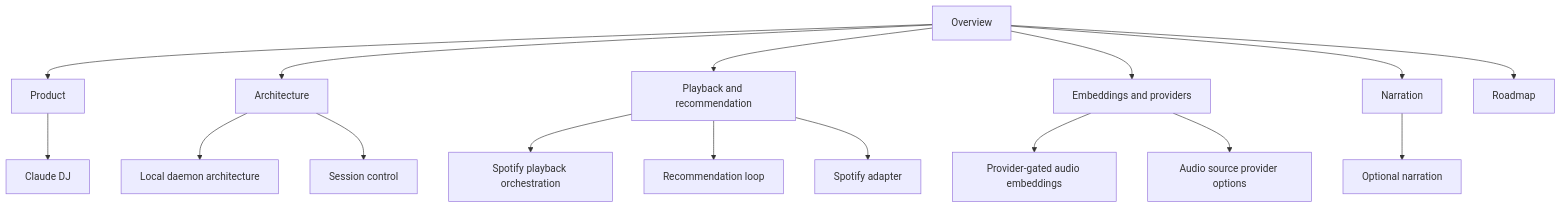
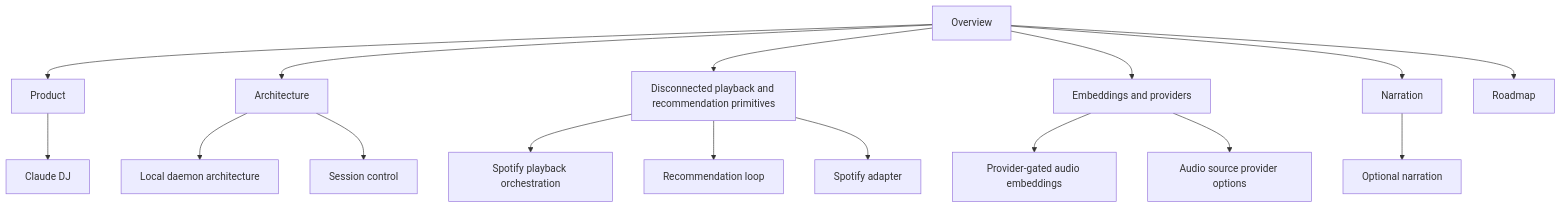
Before and after one commit to AdamPSU/agent-dj: the diagram in wiki/overview.md, drawn with Mermaid. The commit also changed other lines of this file and 19 other files, not shown here.

````diff
--- a/wiki/overview.md
+++ b/wiki/overview.md
@@ -19,18 +19,18 @@
 ```mermaid
 graph TD
     A["Overview"] --> B["Product"]
     A --> C["Architecture"]
-    A --> D["Playback and recommendation"]
+    A --> D["Disconnected playback and recommendation primitives"]
     A --> E["Embeddings and providers"]
     A --> F["Narration"]
     A --> G["Roadmap"]
     B --> B1["Claude DJ"]
     C --> C1["Local daemon architecture"]
     C --> C2["Session control"]
     D --> D1["Spotify playback orchestration"]
     D --> D2["Recommendation loop"]
     D --> D3["Spotify adapter"]
     E --> E1["Provider-gated audio embeddings"]
     E --> E2["Audio source provider options"]
     F --> F1["Optional narration"]
 ```
````
